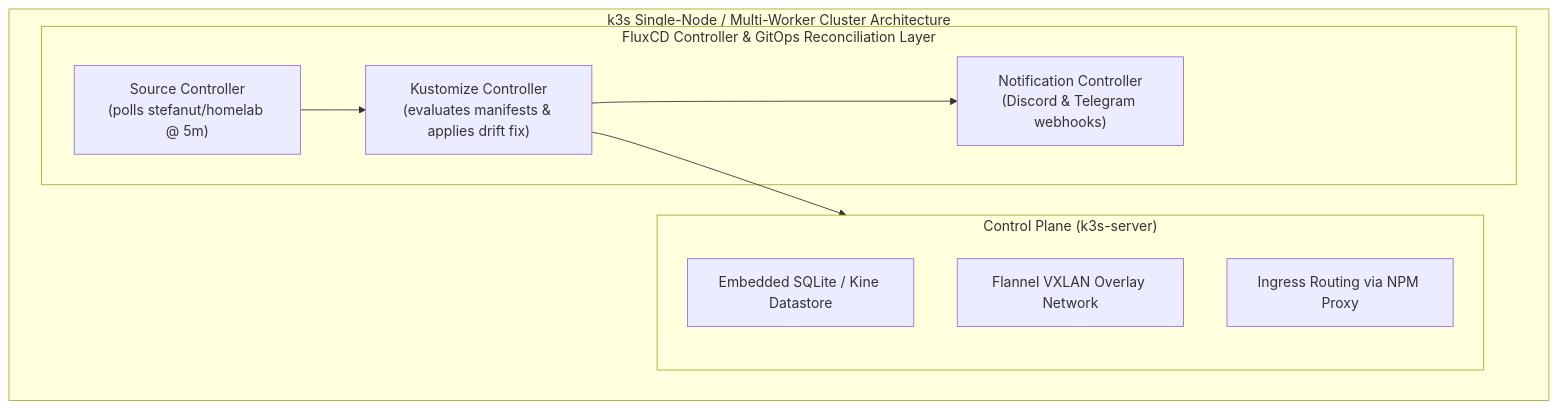
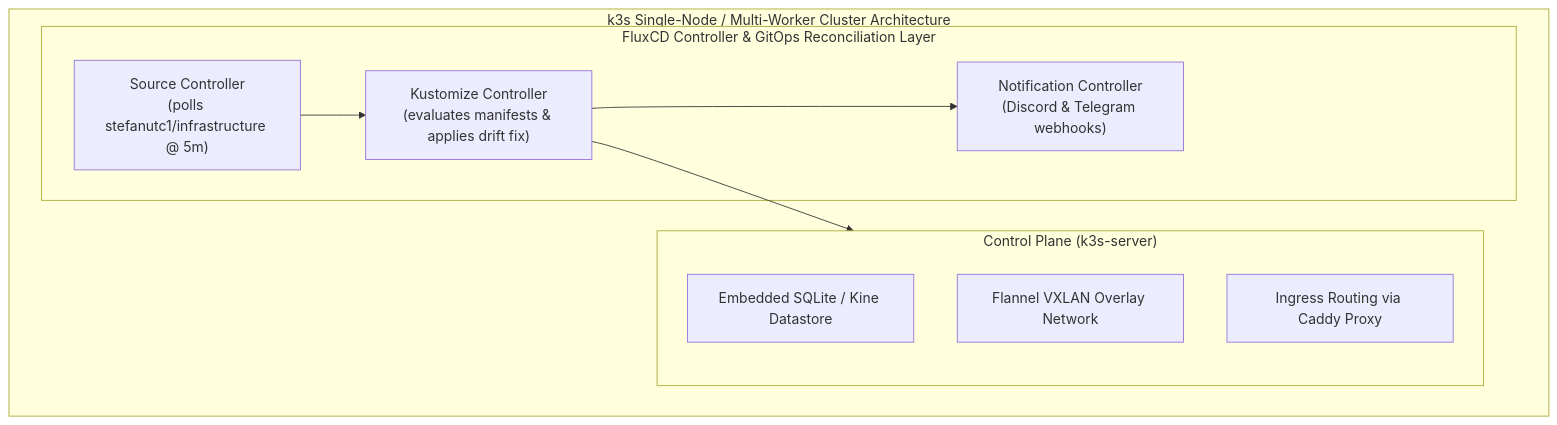
Before and after one commit to stefanutc1/infrastructure: the diagram in wiki/Kubernetes-and-GitOps.md, drawn with Mermaid. The commit also changed other lines of this file and 64 other files, not shown here.

````diff
--- a/wiki/Kubernetes-and-GitOps.md
+++ b/wiki/Kubernetes-and-GitOps.md
@@ -7,19 +7,19 @@
 ```mermaid
 flowchart TB
     subgraph K8s["k3s Single-Node / Multi-Worker Cluster Architecture"]
         subgraph CP["Control Plane (k3s-server)"]
             DB["Embedded SQLite / Kine Datastore"]
             NET["Flannel VXLAN Overlay Network"]
-            ING["Ingress Routing via NPM Proxy"]
+            ING["Ingress Routing via Caddy Proxy"]
         end
 
         subgraph Flux["FluxCD Controller & GitOps Reconciliation Layer"]
-            SRC["Source Controller<br/>(polls stefanut/homelab @ 5m)"]
+            SRC["Source Controller<br/>(polls stefanutc1/infrastructure @ 5m)"]
             KUST["Kustomize Controller<br/>(evaluates manifests & applies drift fix)"]
             NOTIF["Notification Controller<br/>(Discord & Telegram webhooks)"]
         end
     end
 
     SRC --> KUST --> CP
     KUST --> NOTIF
 ```
````
